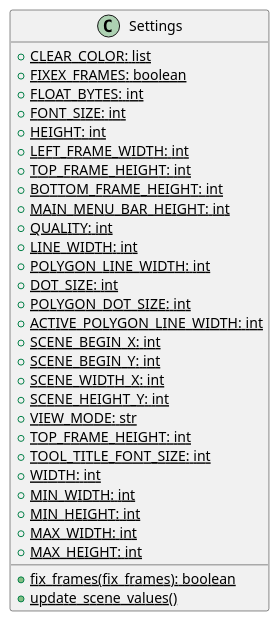
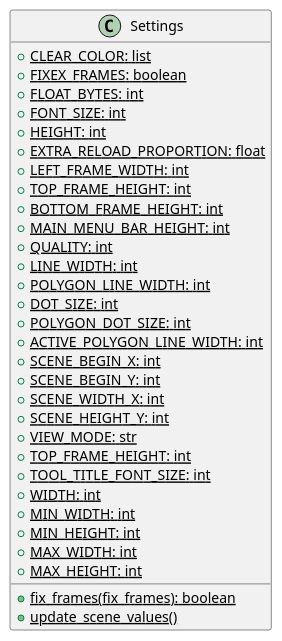
The diagram in docs/classes/Settings.puml (ferpoble2/Relief_Creator), drawn with PlantUML before and after one commit. The commit also changed 6 other files, not shown here.

```diff
--- a/docs/classes/Settings.puml
+++ b/docs/classes/Settings.puml
@@ -1,33 +1,34 @@
 @startuml
 class Settings  {
     {static} + CLEAR_COLOR: list
     {static} + fix_frames(fix_frames): boolean
     {static} + FIXEX_FRAMES: boolean
     {static} + FLOAT_BYTES: int
     {static} + FONT_SIZE: int
     {static} + HEIGHT: int
+    {static} + EXTRA_RELOAD_PROPORTION: float
     {static} + LEFT_FRAME_WIDTH: int
     {static} + TOP_FRAME_HEIGHT: int
     {static} + BOTTOM_FRAME_HEIGHT: int
     {static} + MAIN_MENU_BAR_HEIGHT: int
     {static} + QUALITY: int
     {static} + LINE_WIDTH: int
     {static} + POLYGON_LINE_WIDTH: int
     {static} + DOT_SIZE: int
     {static} + POLYGON_DOT_SIZE: int
     {static} + ACTIVE_POLYGON_LINE_WIDTH: int
     {static} + SCENE_BEGIN_X: int
     {static} + SCENE_BEGIN_Y: int
     {static} + SCENE_WIDTH_X: int
     {static} + SCENE_HEIGHT_Y: int
     {static} + VIEW_MODE: str
     {static} + TOP_FRAME_HEIGHT: int
     {static} + TOOL_TITLE_FONT_SIZE: int
     {static} + WIDTH: int
     {static} + MIN_WIDTH: int
     {static} + MIN_HEIGHT: int
     {static} + MAX_WIDTH: int
     {static} + MAX_HEIGHT: int
     {static} + update_scene_values()
 }
 @enduml
```
